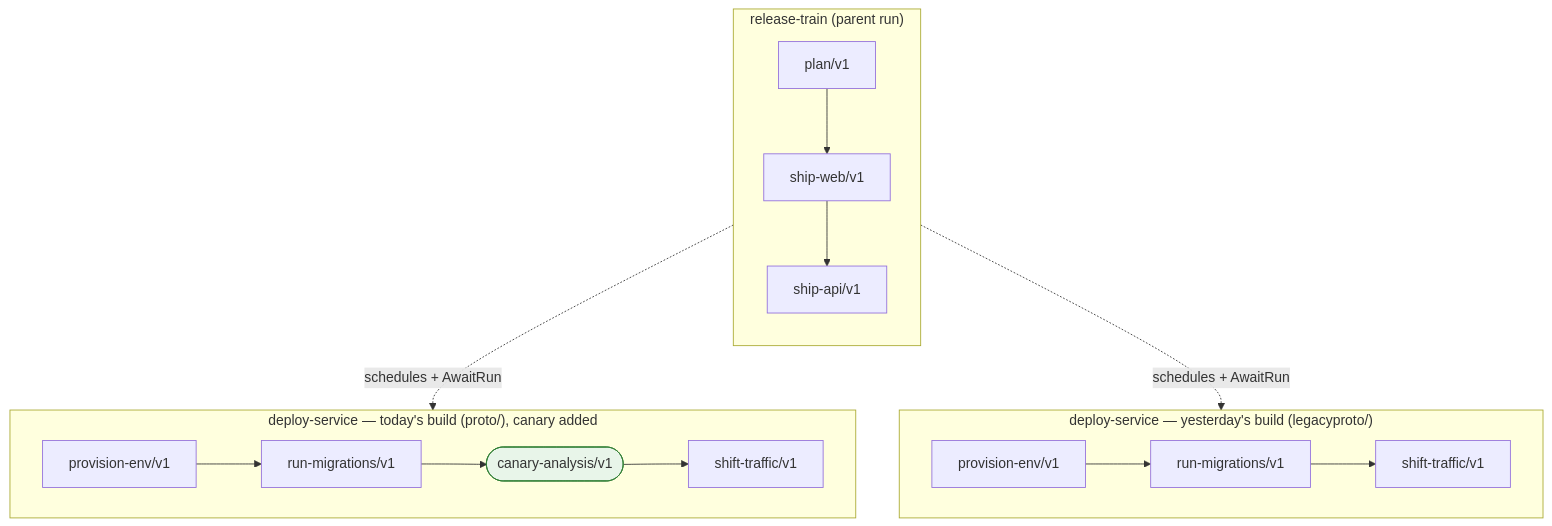
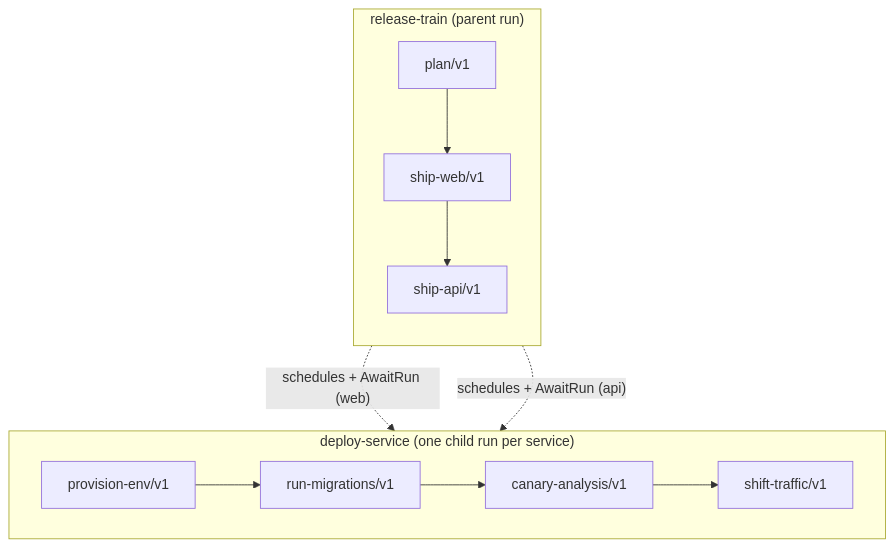
Before and after one commit to dangra/durable: the first of 2 diagrams in examples/release-train/README.md, drawn with Mermaid. The commit also changed other lines of this file, not shown here.

Commit message:
README: pipeline diagram shows today's topology only
The relationship diagram no longer draws both builds — one train, one
deploy topology, both ship edges into it. The evolution story moves to
prose and the sequence diagram, which carries the time axis anyway.

````diff
--- a/examples/release-train/README.md
+++ b/examples/release-train/README.md
@@ -21,22 +19,15 @@
 ```mermaid
 flowchart TB
     subgraph train["release-train (parent run)"]
         direction TB
         P[plan/v1] --> SW[ship-web/v1] --> SA[ship-api/v1]
     end
 
-    subgraph deployV1["deploy-service — yesterday's build (legacyproto/)"]
+    subgraph deploy["deploy-service (one child run per service)"]
         direction LR
-        A1[provision-env/v1] --> B1[run-migrations/v1] --> D1[shift-traffic/v1]
+        A[provision-env/v1] --> B[run-migrations/v1] --> C[canary-analysis/v1] --> D[shift-traffic/v1]
     end
 
-    subgraph deployV2["deploy-service — today's build (proto/), canary added"]
-        direction LR
-        A2[provision-env/v1] --> B2[run-migrations/v1] --> C2([canary-analysis/v1]) --> D2[shift-traffic/v1]
-    end
-
-    SW -. "schedules + AwaitRun" .-> A1
-    SA -. "schedules + AwaitRun" .-> A2
-
-    style C2 fill:#e8f5e9,stroke:#2e7d32
+    SW -. "schedules + AwaitRun (web)" .-> A
+    SA -. "schedules + AwaitRun (api)" .-> A
 ```
````
